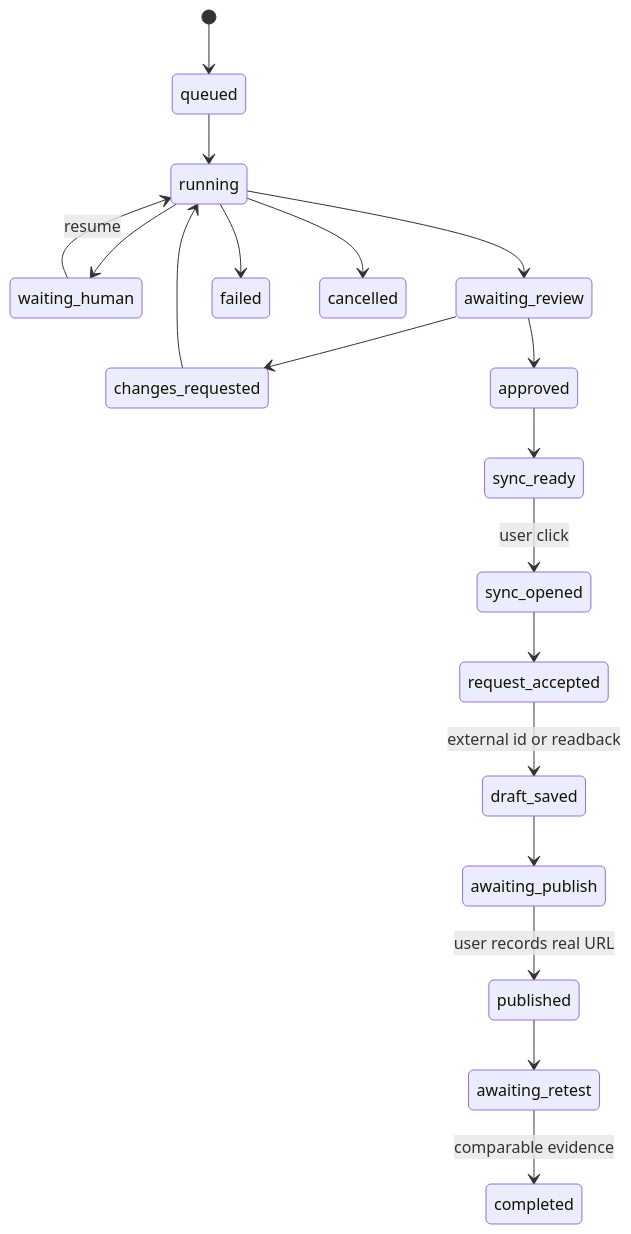
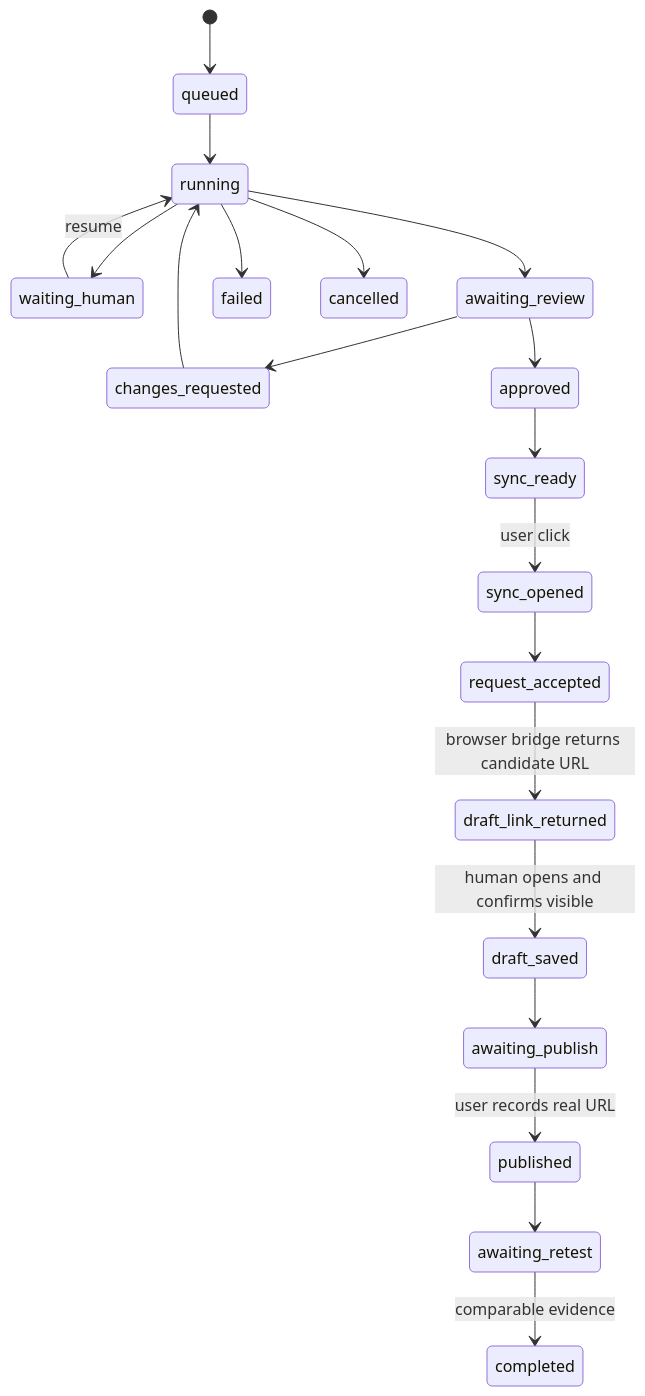
Before and after one commit to ismailaolveira-crypto/answerreach-geo: the second of 2 diagrams in docs/product/CODEX_AGENT_INTEGRATION_IMPLEMENTATION.md, drawn with Mermaid. The commit also changed other lines of this file and 20 other files, not shown here.

````diff
--- a/docs/product/CODEX_AGENT_INTEGRATION_IMPLEMENTATION.md
+++ b/docs/product/CODEX_AGENT_INTEGRATION_IMPLEMENTATION.md
@@ -158,21 +160,22 @@
 ```mermaid
 stateDiagram-v2
     [*] --> queued
     queued --> running
     running --> waiting_human
     waiting_human --> running: resume
     running --> awaiting_review
     running --> failed
     running --> cancelled
     awaiting_review --> changes_requested
     changes_requested --> running
     awaiting_review --> approved
     approved --> sync_ready
     sync_ready --> sync_opened: user click
     sync_opened --> request_accepted
-    request_accepted --> draft_saved: external id or readback
+    request_accepted --> draft_link_returned: browser bridge returns candidate URL
+    draft_link_returned --> draft_saved: human opens and confirms visible
     draft_saved --> awaiting_publish
     awaiting_publish --> published: user records real URL
     published --> awaiting_retest
     awaiting_retest --> completed: comparable evidence
 ```
````
